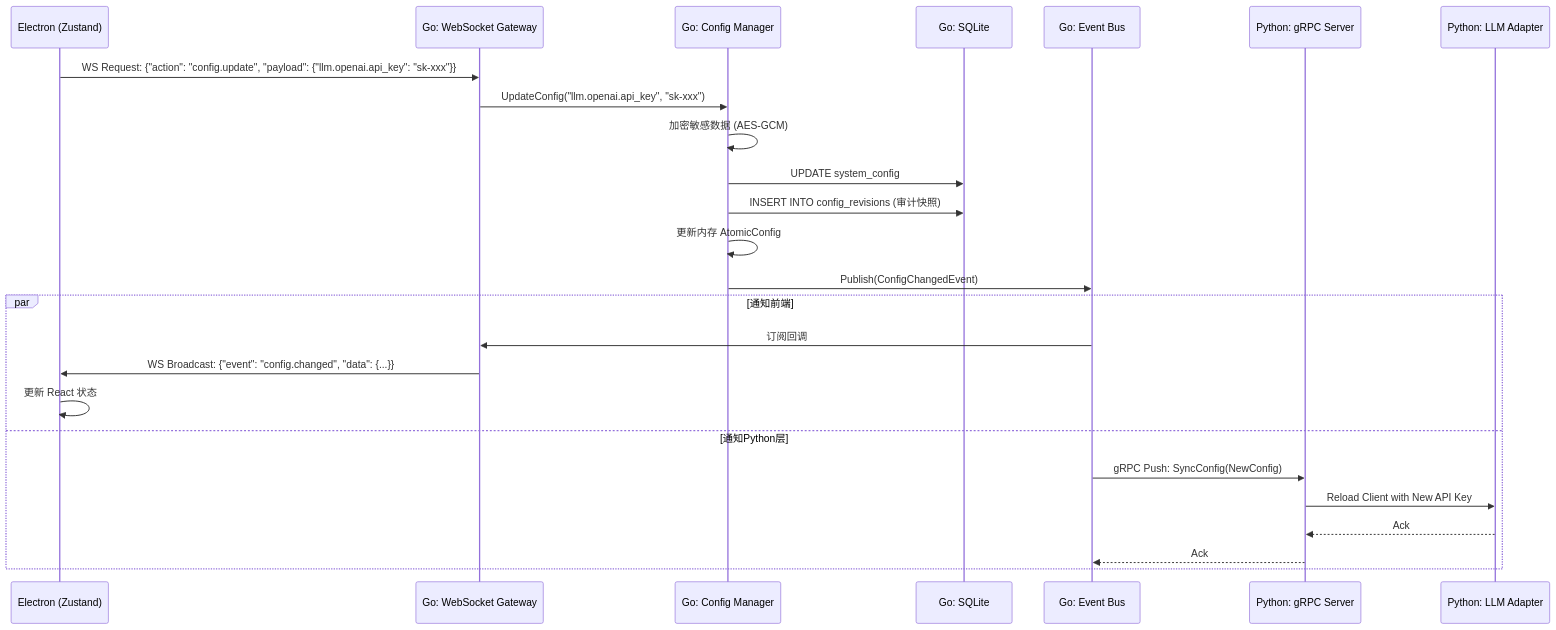
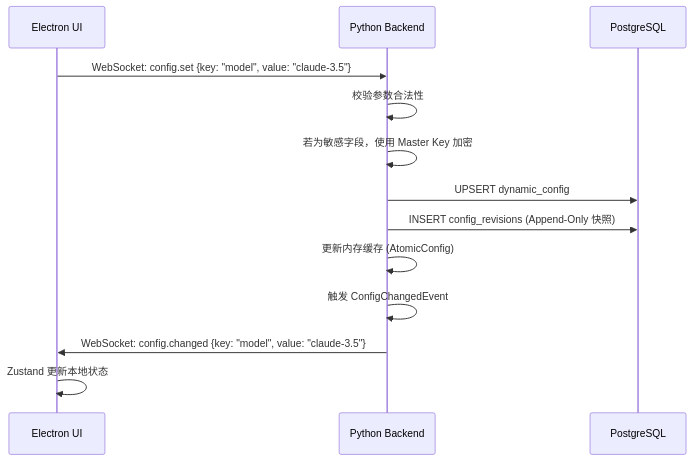
Before and after one commit to xie480/Luna-AI: the second of 2 diagrams in backend/docs/system/配置与环境管理方案.md, drawn with Mermaid. The commit also changed other lines of this file and 14 other files, not shown here.

````diff
--- a/backend/docs/system/配置与环境管理方案.md
+++ b/backend/docs/system/配置与环境管理方案.md
@@ -144,31 +130,16 @@
 ```mermaid
 sequenceDiagram
-    participant UI as Electron (Zustand)
-    participant GoWS as Go: WebSocket Gateway
-    participant GoCfg as Go: Config Manager
-    participant GoDB as Go: SQLite
-    participant EventBus as Go: Event Bus
-    participant PyRPC as Python: gRPC Server
-    participant PyLLM as Python: LLM Adapter
+    participant UI as Electron UI
+    participant Py as Python Backend
+    participant DB as PostgreSQL
 
-    UI->>GoWS: WS Request: {"action": "config.update", "payload": {"llm.openai.api_key": "sk-xxx"}}
-    GoWS->>GoCfg: UpdateConfig("llm.openai.api_key", "sk-xxx")
-
-    GoCfg->>GoCfg: 加密敏感数据 (AES-GCM)
-    GoCfg->>GoDB: UPDATE system_config
-    GoCfg->>GoDB: INSERT INTO config_revisions (审计快照)
-    GoCfg->>GoCfg: 更新内存 AtomicConfig
-
-    GoCfg->>EventBus: Publish(ConfigChangedEvent)
-
-    par 通知前端
-        EventBus->>GoWS: 订阅回调
-        GoWS->>UI: WS Broadcast: {"event": "config.changed", "data": {...}}
-        UI->>UI: 更新 React 状态
-    and 通知Python层
-        EventBus->>PyRPC: gRPC Push: SyncConfig(NewConfig)
-        PyRPC->>PyLLM: Reload Client with New API Key
-        PyLLM-->>PyRPC: Ack
-        PyRPC-->>EventBus: Ack
-    end
+    UI->>Py: WebSocket: config.set {key: "model", value: "claude-3.5"}
+    Py->>Py: 校验参数合法性
+    Py->>Py: 若为敏感字段，使用 Master Key 加密
+    Py->>DB: UPSERT dynamic_config
+    Py->>DB: INSERT config_revisions (Append-Only 快照)
+    Py->>Py: 更新内存缓存 (AtomicConfig)
+    Py->>Py: 触发 ConfigChangedEvent
+    Py->>UI: WebSocket: config.changed {key: "model", value: "claude-3.5"}
+    UI->>UI: Zustand 更新本地状态
 ```
````
